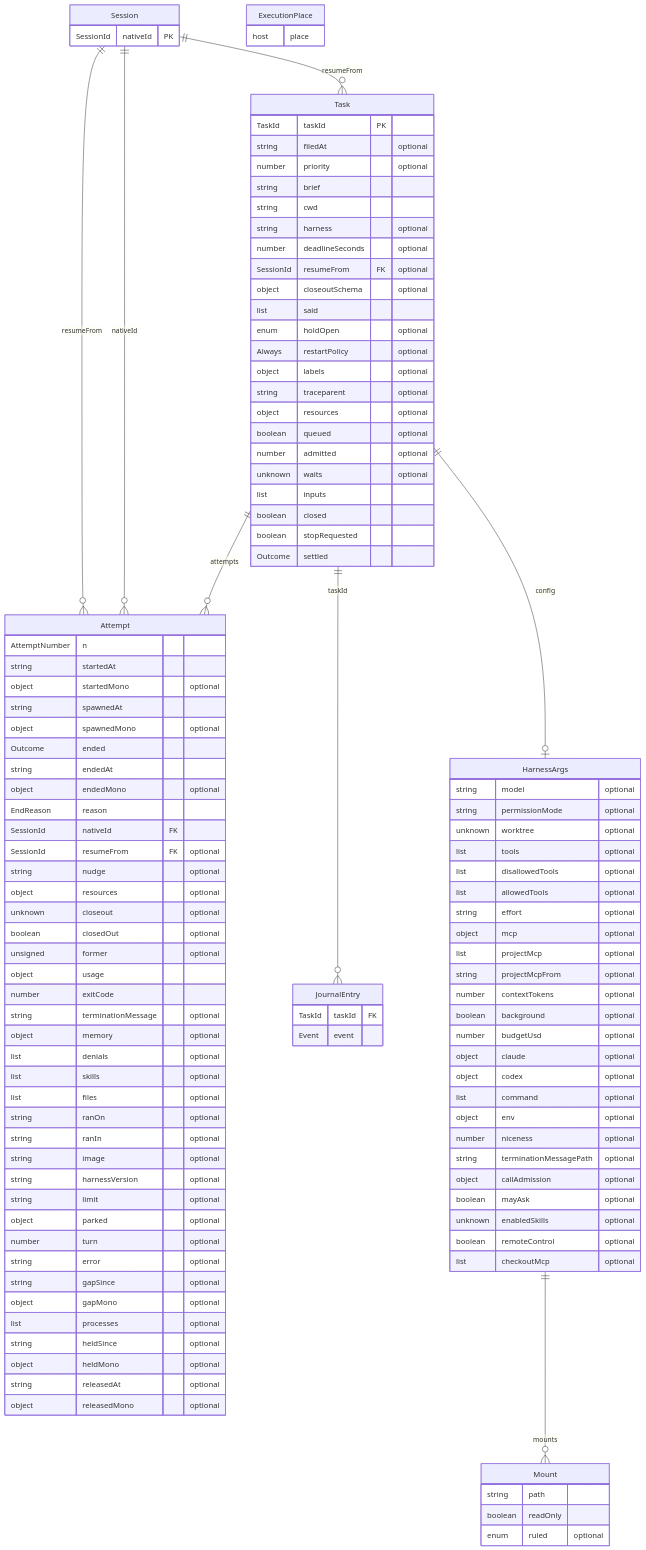
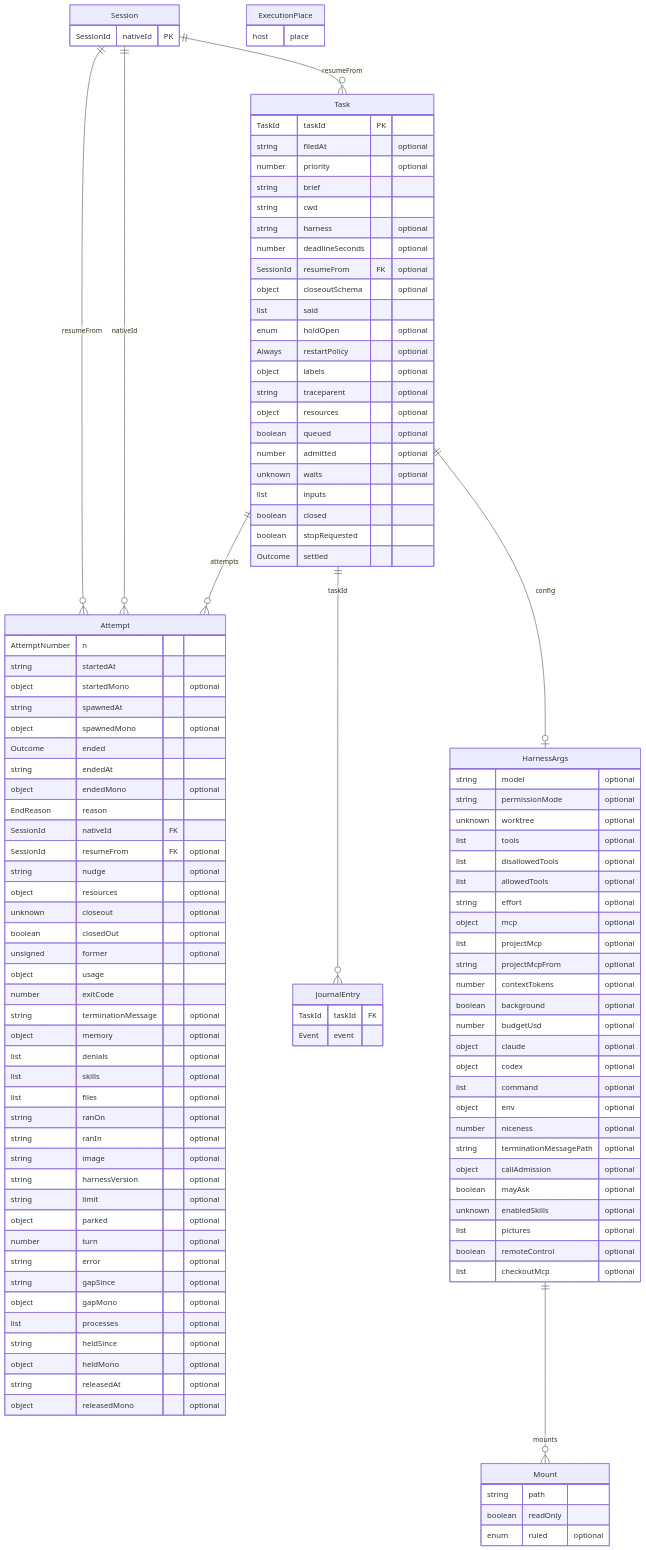
The diagram in packages/agent-runtime/docs/model.md (emyann/nemia), drawn with Mermaid before and after one commit. The commit also changed 8 other files, not shown here.

Commit message:
Keep the files' store under the controllers, the model off the contract, harness words out, and the model diagrams drawn

```diff
--- a/packages/agent-runtime/docs/model.md
+++ b/packages/agent-runtime/docs/model.md
@@ -115,6 +115,7 @@
     object callAdmission "optional"
     boolean mayAsk "optional"
     unknown enabledSkills "optional"
+    list pictures "optional"
     boolean remoteControl "optional"
     list checkoutMcp "optional"
   }
```
